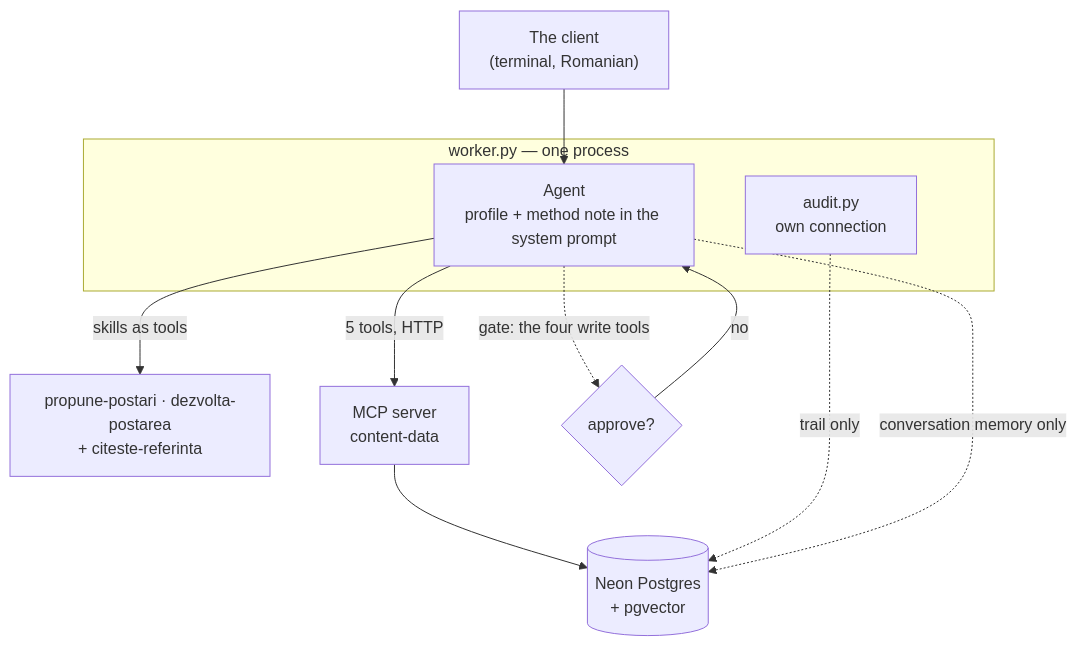
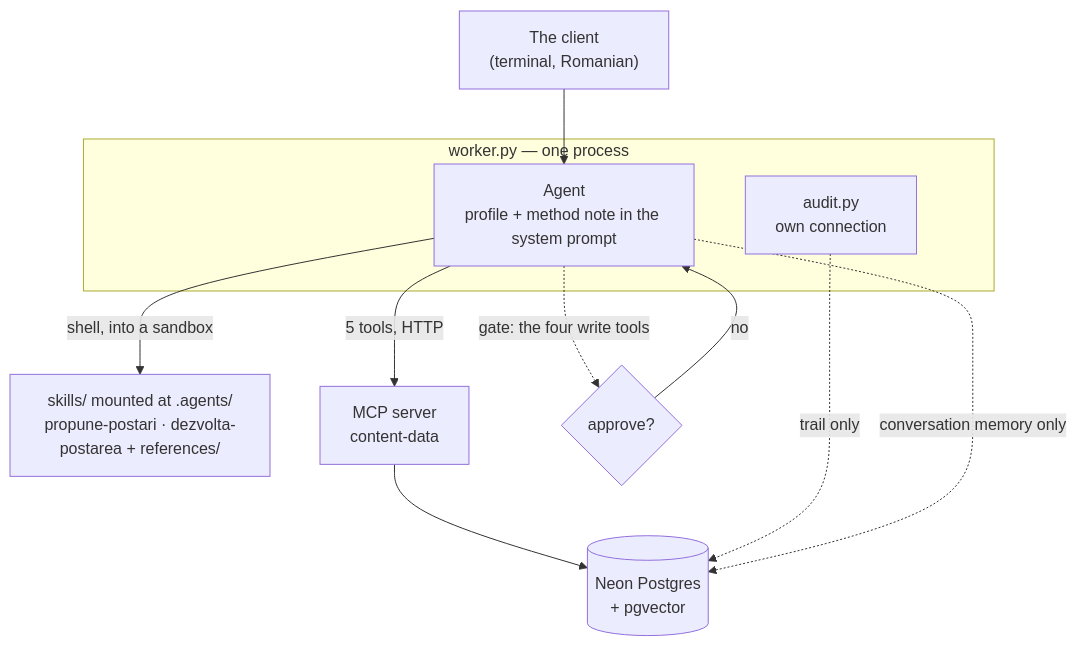
One commit to sorinLupaIonut/content-studio-fte changed the diagram in README.md. Above: the diagram before and after it, drawn with Mermaid. The commit also changed 55 other files, not shown here.

````diff
--- a/README.md
+++ b/README.md
@@ -47,18 +47,18 @@
 ```mermaid
 flowchart TB
     U["The client<br/>(terminal, Romanian)"] --> W
 
     subgraph proc["worker.py — one process"]
         W["Agent<br/>profile + method note in the system prompt"]
         A["audit.py<br/>own connection"]
     end
 
-    W -->|"skills as tools"| S["propune-postari · dezvolta-postarea<br/>+ citeste-referinta"]
+    W -->|"shell, into a sandbox"| S["skills/ mounted at .agents/<br/>propune-postari · dezvolta-postarea + references/"]
     W -->|"5 tools, HTTP"| M["MCP server<br/>content-data"]
     W -.->|"gate: the four write tools"| G{"approve?"}
     G -->|"no"| W
 
     M --> DB[("Neon Postgres<br/>+ pgvector")]
     A -.->|"trail only"| DB
     W -.->|"conversation memory only"| DB
 ```
````
